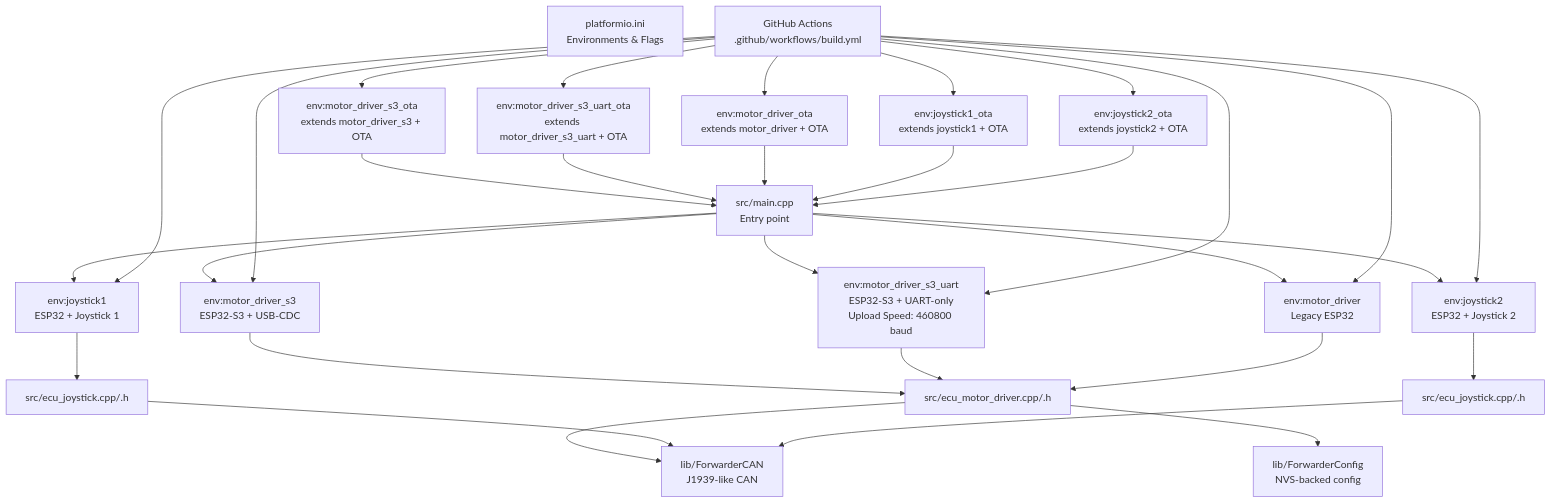
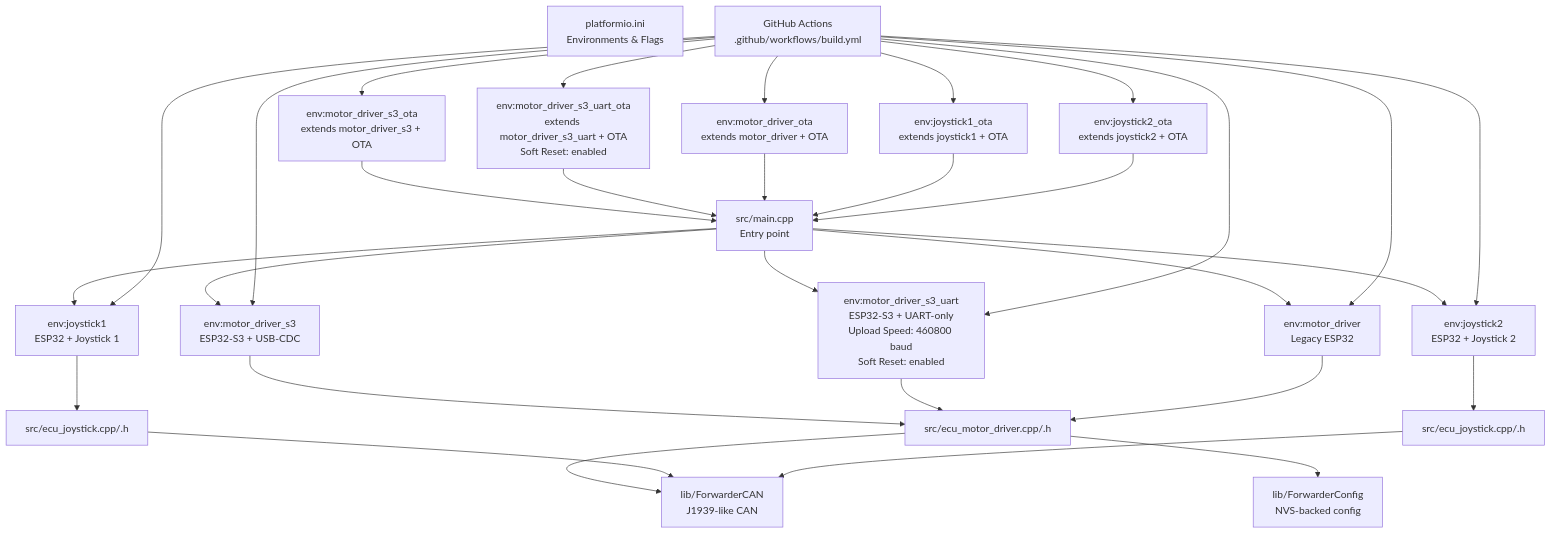
Before and after one commit to gunicsba/ESP_CAN_ECU_joystick_collection: the first of 8 diagrams in .qoder/repowiki/en/content/Software Architecture/Build System Configuration.md, drawn with Mermaid. The commit also changed other lines of this file and 13 other files, not shown here.

````diff
--- a/.qoder/repowiki/en/content/Software Architecture/Build System Configuration.md
+++ b/.qoder/repowiki/en/content/Software Architecture/Build System Configuration.md
@@ -46,47 +48,47 @@
 ```mermaid
 graph TB
 PIO["platformio.ini<br/>Environments & Flags"]
 SRC_MAIN["src/main.cpp<br/>Entry point"]
 ENV_MD_S3["env:motor_driver_s3<br/>ESP32-S3 + USB-CDC"]
-ENV_MD_S3_UART["env:motor_driver_s3_uart<br/>ESP32-S3 + UART-only<br/>Upload Speed: 460800 baud"]
+ENV_MD_S3_UART["env:motor_driver_s3_uart<br/>ESP32-S3 + UART-only<br/>Upload Speed: 460800 baud<br/>Soft Reset: enabled"]
 ENV_MD_LEG["env:motor_driver<br/>Legacy ESP32"]
 ENV_J1["env:joystick1<br/>ESP32 + Joystick 1"]
 ENV_J2["env:joystick2<br/>ESP32 + Joystick 2"]
 ENV_MDO_S3["env:motor_driver_s3_ota<br/>extends motor_driver_s3 + OTA"]
-ENV_MDO_S3_UART["env:motor_driver_s3_uart_ota<br/>extends motor_driver_s3_uart + OTA"]
+ENV_MDO_S3_UART["env:motor_driver_s3_uart_ota<br/>extends motor_driver_s3_uart + OTA<br/>Soft Reset: enabled"]
 ENV_MDO_LEG["env:motor_driver_ota<br/>extends motor_driver + OTA"]
 ENV_J1O["env:joystick1_ota<br/>extends joystick1 + OTA"]
 ENV_J2O["env:joystick2_ota<br/>extends joystick2 + OTA"]
 LIB_CAN["lib/ForwarderCAN<br/>J1939-like CAN"]
 LIB_CFG["lib/ForwarderConfig<br/>NVS-backed config"]
 SRC_MAIN --> ENV_MD_S3
 SRC_MAIN --> ENV_MD_S3_UART
 SRC_MAIN --> ENV_MD_LEG
 SRC_MAIN --> ENV_J1
 SRC_MAIN --> ENV_J2
 ENV_MDO_S3 --> SRC_MAIN
 ENV_MDO_S3_UART --> SRC_MAIN
 ENV_MDO_LEG --> SRC_MAIN
 ENV_J1O --> SRC_MAIN
 ENV_J2O --> SRC_MAIN
 ENV_MD_S3 --> SRC_MD["src/ecu_motor_driver.cpp/.h"]
 ENV_MD_S3_UART --> SRC_MD
 ENV_MD_LEG --> SRC_MD
 ENV_J1 --> SRC_J1["src/ecu_joystick.cpp/.h"]
 ENV_J2 --> SRC_J2["src/ecu_joystick.cpp/.h"]
 SRC_MD --> LIB_CAN
 SRC_MD --> LIB_CFG
 SRC_J1 --> LIB_CAN
 SRC_J2 --> LIB_CAN
 CI["GitHub Actions<br/>.github/workflows/build.yml"]
 CI --> ENV_MD_S3
 CI --> ENV_MD_S3_UART
 CI --> ENV_MD_LEG
 CI --> ENV_J1
 CI --> ENV_J2
 CI --> ENV_MDO_S3
 CI --> ENV_MDO_S3_UART
 CI --> ENV_MDO_LEG
 CI --> ENV_J1O
 CI --> ENV_J2O
 ```
````
